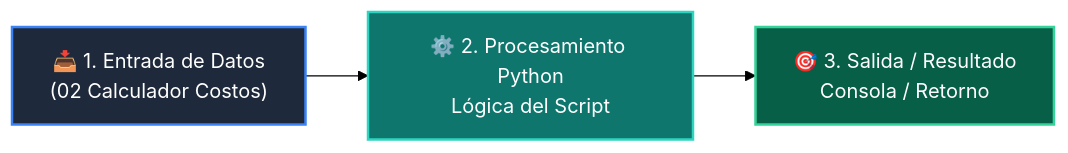
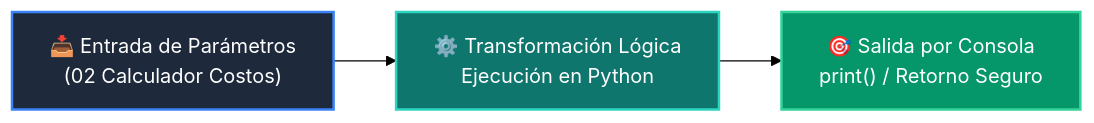
Before and after one commit to wisrovi/wisrovi-python: the diagram in 03-agentes-ia/clase-01-fundamentos-llm-tokenizacion/ejemplos/ejemplo_02_calculador_costos/README.md, drawn with Mermaid (forest theme). The commit also changed other lines of this file and 226 other files, not shown here.

Commit message:
docs: elevate all repository READMEs to world-class mastery standard with rich pedagogical architecture, custom Mermaids, and professional styling

````diff
--- a/03-agentes-ia/clase-01-fundamentos-llm-tokenizacion/ejemplos/ejemplo_02_calculador_costos/README.md
+++ b/03-agentes-ia/clase-01-fundamentos-llm-tokenizacion/ejemplos/ejemplo_02_calculador_costos/README.md
@@ -12,9 +19,9 @@
 ```mermaid
 flowchart LR
-    A["📥 1. Entrada de Datos<br/>(02 Calculador Costos)"] --> B["⚙️ 2. Procesamiento Python<br/>Lógica del Script"]
-    B --> C["🎯 3. Salida / Resultado<br/>Consola / Retorno"]
+    A["📥 Entrada de Parámetros<br/>(02 Calculador Costos)"] --> B["⚙️ Transformación Lógica<br/>Ejecución en Python"]
+    B --> C["🎯 Salida por Consola<br/>print() / Retorno Seguro"]
 
-    style A fill:#1e293b,color:#fff,stroke:#3b82f6,stroke-width:2px
-    style B fill:#0f766e,color:#fff,stroke:#2dd4bf,stroke-width:2px
-    style C fill:#065f46,color:#fff,stroke:#34d399,stroke-width:2px
+    style A fill:#1e293b,color:#ffffff,stroke:#3b82f6,stroke-width:2px
+    style B fill:#0f766e,color:#ffffff,stroke:#2dd4bf,stroke-width:2px
+    style C fill:#059669,color:#ffffff,stroke:#34d399,stroke-width:2px
 ```
````
